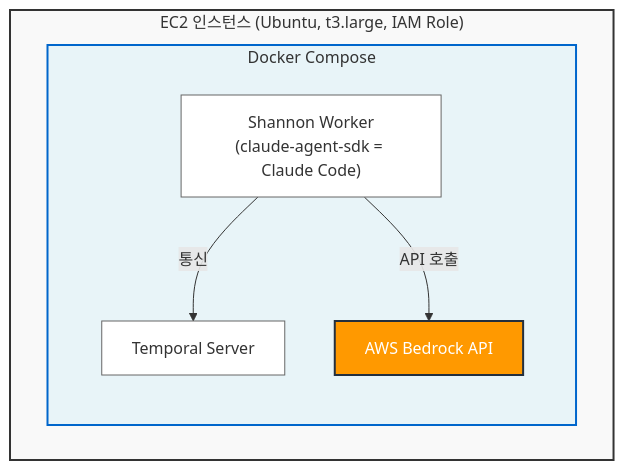
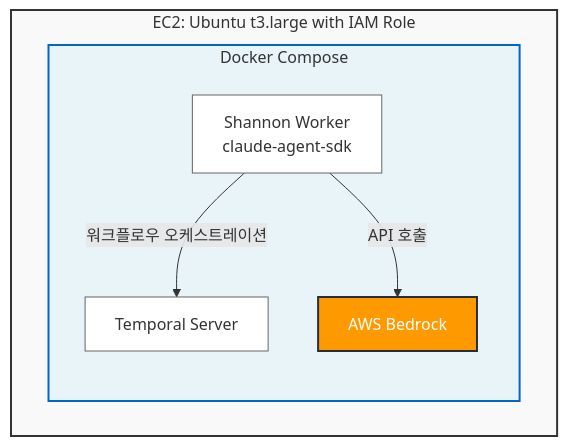
One commit to Frangke/shannon-bedrock changed the diagram in SHANNON_BEDROCK_GUIDE_KR.md. Above: the diagram before and after it, drawn with Mermaid. The commit also changed 1 other file, not shown here.

Commit message:
Fix architecture diagram: simplify labels to prevent text overflow
- Shorten EC2 subgraph label to prevent line wrapping
- Simplify Worker label for cleaner display
- Update edge label for clarity (orchestration vs communicates)

````diff
--- a/SHANNON_BEDROCK_GUIDE_KR.md
+++ b/SHANNON_BEDROCK_GUIDE_KR.md
@@ -20,17 +20,17 @@
 ```mermaid
 graph TB
-    subgraph EC2["EC2 인스턴스 (Ubuntu, t3.large, IAM Role)"]
-        subgraph Docker["Docker Compose"]
+    subgraph EC2[EC2: Ubuntu t3.large with IAM Role]
+        subgraph Docker[Docker Compose]
             Temporal[Temporal Server]
-            Worker["Shannon Worker<br/>(claude-agent-sdk = Claude Code)"]
-            Worker -->|통신| Temporal
-            Worker -->|API 호출| Bedrock[AWS Bedrock API]
+            Worker[Shannon Worker<br/>claude-agent-sdk]
+            Worker -->|워크플로우 오케스트레이션| Temporal
+            Worker -->|API 호출| Bedrock[AWS Bedrock]
         end
     end
 
     style EC2 fill:#f9f9f9,stroke:#333,stroke-width:2px
     style Docker fill:#e8f4f8,stroke:#0066cc,stroke-width:2px
     style Temporal fill:#fff,stroke:#666,stroke-width:1px
     style Worker fill:#fff,stroke:#666,stroke-width:1px
     style Bedrock fill:#ff9900,stroke:#232f3e,stroke-width:2px,color:#fff
 ```
````
